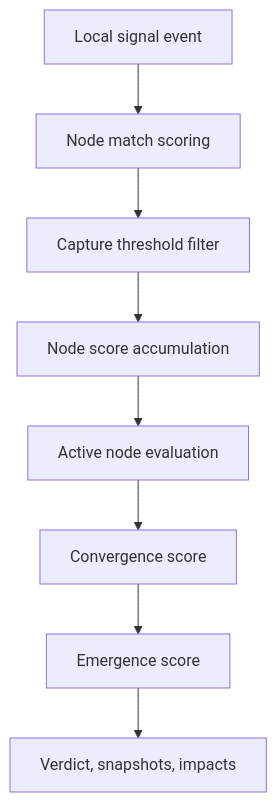
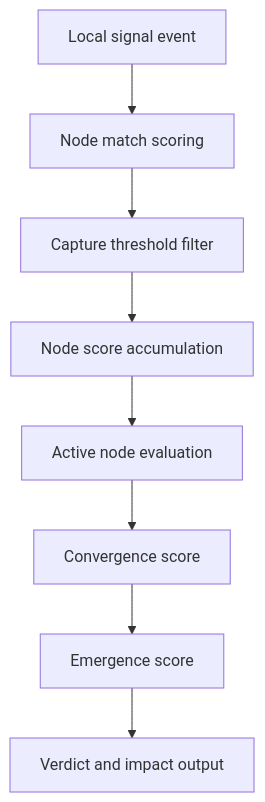
The second of 2 diagrams in README.md (propooblob403/SYNS), drawn with Mermaid before and after one commit. The commit also changed other lines of this file, not shown here.

Commit message:
Improve README rendering and license visibility

````diff
--- a/README.md
+++ b/README.md
@@ -211,10 +213,10 @@
 ```mermaid
-flowchart TD
-    A["Local signal event"] --> B["Node match scoring"]
-    B --> C["Capture threshold filter"]
-    C --> D["Node score accumulation"]
-    D --> E["Active node evaluation"]
-    E --> F["Convergence score"]
-    F --> G["Emergence score"]
-    G --> H["Verdict, snapshots, impacts"]
+graph TD
+    A[Local signal event] --> B[Node match scoring]
+    B --> C[Capture threshold filter]
+    C --> D[Node score accumulation]
+    D --> E[Active node evaluation]
+    E --> F[Convergence score]
+    F --> G[Emergence score]
+    G --> H[Verdict and impact output]
 ```
````
